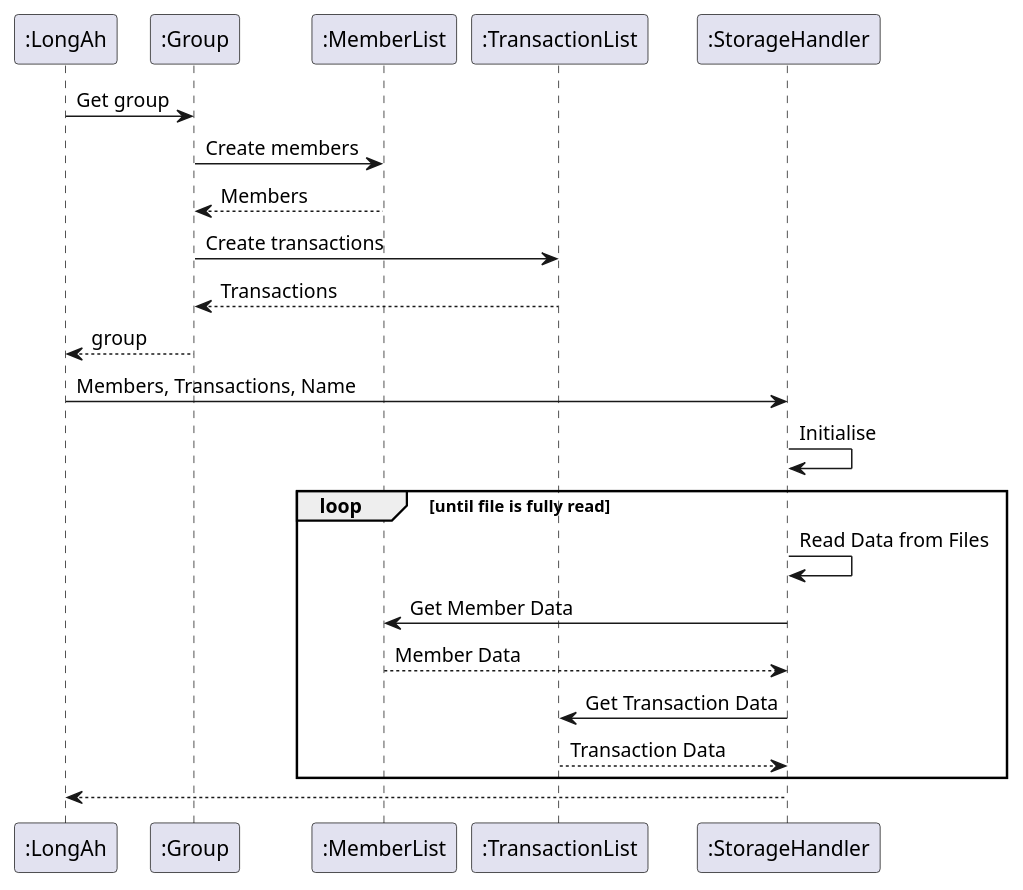
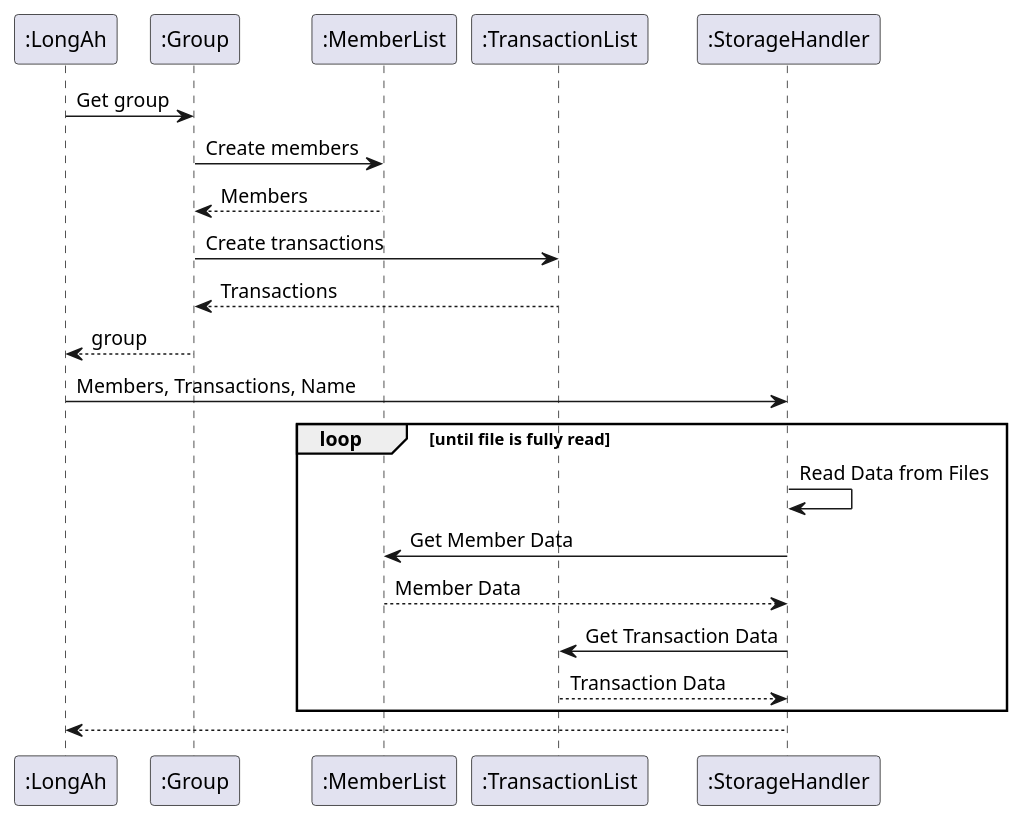
The diagram in docs/diagrams/StorageHandlerInitSequenceDiagram.puml (AY2324S2-CS2113-T15-1/tp), drawn with PlantUML before and after one commit. The commit also changed 2 other files, not shown here.

```diff
--- a/docs/diagrams/StorageHandlerInitSequenceDiagram.puml
+++ b/docs/diagrams/StorageHandlerInitSequenceDiagram.puml
@@ -1,24 +1,23 @@
 @startuml
 participant ":LongAh"
 participant ":Group"
 participant ":MemberList"
 participant ":TransactionList"
 participant ":StorageHandler"
 
 ":LongAh" -> ":Group": Get group
 ":Group" -> ":MemberList": Create members
 ":MemberList" --> ":Group": Members
 ":Group" -> ":TransactionList": Create transactions
 ":TransactionList" --> ":Group": Transactions
 ":Group" --> ":LongAh": group
 ":LongAh" -> ":StorageHandler": Members, Transactions, Name
-":StorageHandler" -> ":StorageHandler": Initialise 
 loop until file is fully read
 ":StorageHandler" -> ":StorageHandler": Read Data from Files
 ":StorageHandler" -> ":MemberList": Get Member Data
 ":MemberList" --> ":StorageHandler" : Member Data
 ":StorageHandler" -> ":TransactionList": Get Transaction Data
 ":TransactionList" --> ":StorageHandler" : Transaction Data
 end
 ":StorageHandler" --> ":LongAh"
 @enduml
```
